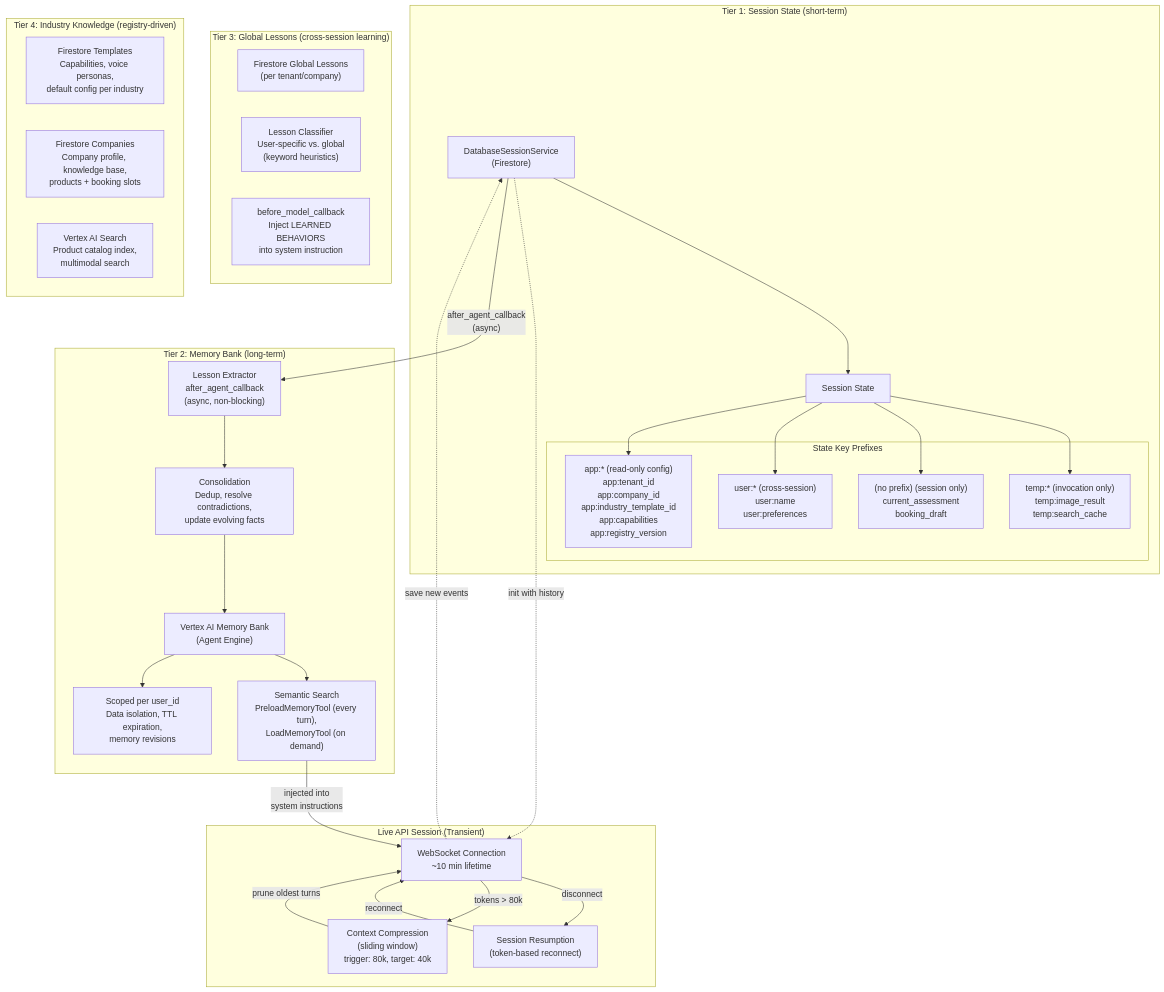
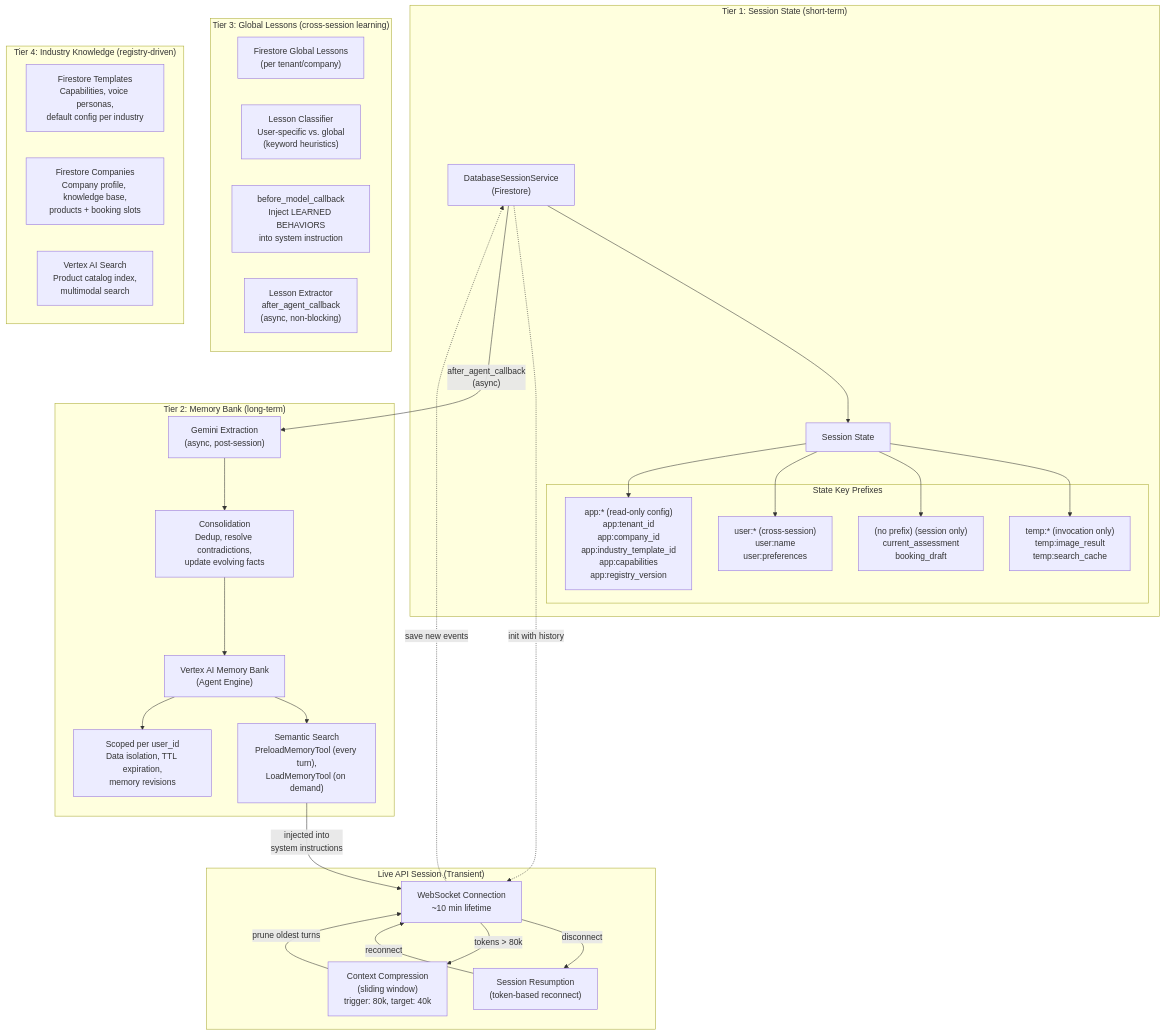
The fourth of 4 diagrams in docs/architecture/01-core-platform.md (ogabasseyy/ekaette), drawn with Mermaid before and after one commit. The commit also changed 7 other files, not shown here.

````diff
--- a/docs/architecture/01-core-platform.md
+++ b/docs/architecture/01-core-platform.md
@@ -378,62 +378,62 @@
 ```mermaid
 graph TB
     subgraph "Tier 1: Session State (short-term)"
         SS["DatabaseSessionService<br/>(Firestore)"]
         STATE["Session State"]
 
         subgraph "State Key Prefixes"
             TEMP["temp:* (invocation only)<br/>temp:image_result<br/>temp:search_cache"]
             SESS["(no prefix) (session only)<br/>current_assessment<br/>booking_draft"]
             USER["user:* (cross-session)<br/>user:name<br/>user:preferences"]
             APP["app:* (read-only config)<br/>app:tenant_id<br/>app:company_id<br/>app:industry_template_id<br/>app:capabilities<br/>app:registry_version"]
         end
     end
 
     subgraph "Tier 2: Memory Bank (long-term)"
         MB["Vertex AI Memory Bank<br/>(Agent Engine)"]
         EXTRACT["Gemini Extraction<br/>(async, post-session)"]
         CONSOLIDATE["Consolidation<br/>Dedup, resolve contradictions,<br/>update evolving facts"]
         RETRIEVE["Semantic Search<br/>PreloadMemoryTool (every turn),<br/>LoadMemoryTool (on demand)"]
         SCOPE["Scoped per user_id<br/>Data isolation, TTL expiration,<br/>memory revisions"]
     end
 
     subgraph "Tier 3: Global Lessons (cross-session learning)"
         GLESSONS["Firestore Global Lessons<br/>(per tenant/company)"]
         CLASSIFY["Lesson Classifier<br/>User-specific vs. global<br/>(keyword heuristics)"]
         INJECT["before_model_callback<br/>Inject LEARNED BEHAVIORS<br/>into system instruction"]
-        EXTRACT["Lesson Extractor<br/>after_agent_callback<br/>(async, non-blocking)"]
+        LESSON_EXTRACT["Lesson Extractor<br/>after_agent_callback<br/>(async, non-blocking)"]
     end
 
     subgraph "Tier 4: Industry Knowledge (registry-driven)"
         TEMPLATES["Firestore Templates<br/>Capabilities, voice personas,<br/>default config per industry"]
         COMPANIES["Firestore Companies<br/>Company profile, knowledge base,<br/>products + booking slots"]
         VASEARCH["Vertex AI Search<br/>Product catalog index,<br/>multimodal search"]
     end
 
     subgraph "Live API Session (Transient)"
         LIVE["WebSocket Connection<br/>~10 min lifetime"]
         COMP["Context Compression<br/>(sliding window)<br/>trigger: 80k, target: 40k"]
         RESUME["Session Resumption<br/>(token-based reconnect)"]
     end
 
     SS --> STATE
     STATE --> TEMP
     STATE --> SESS
     STATE --> USER
     STATE --> APP
 
     LIVE -->|"disconnect"| RESUME
     RESUME -->|"reconnect"| LIVE
     LIVE -->|"tokens > 80k"| COMP
     COMP -->|"prune oldest turns"| LIVE
 
     SS -.->|"init with history"| LIVE
     LIVE -.->|"save new events"| SS
 
     SS -->|"after_agent_callback<br/>(async)"| EXTRACT
     EXTRACT --> CONSOLIDATE
     CONSOLIDATE --> MB
     MB --> RETRIEVE
     RETRIEVE -->|"injected into<br/>system instructions"| LIVE
     MB --> SCOPE
 ```
````
